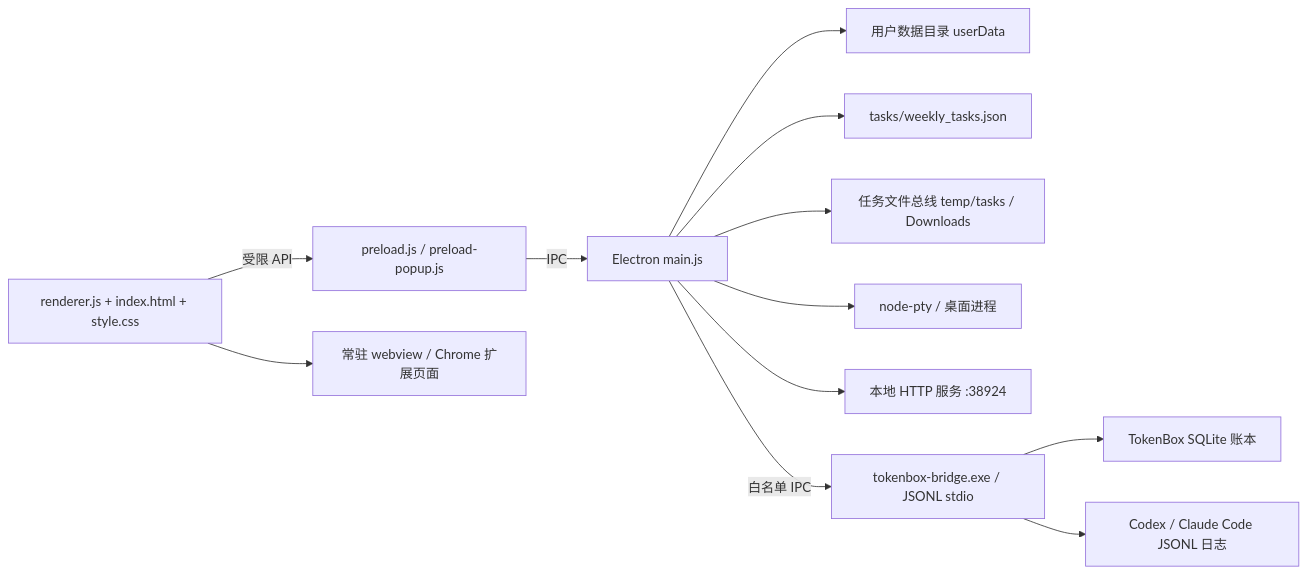
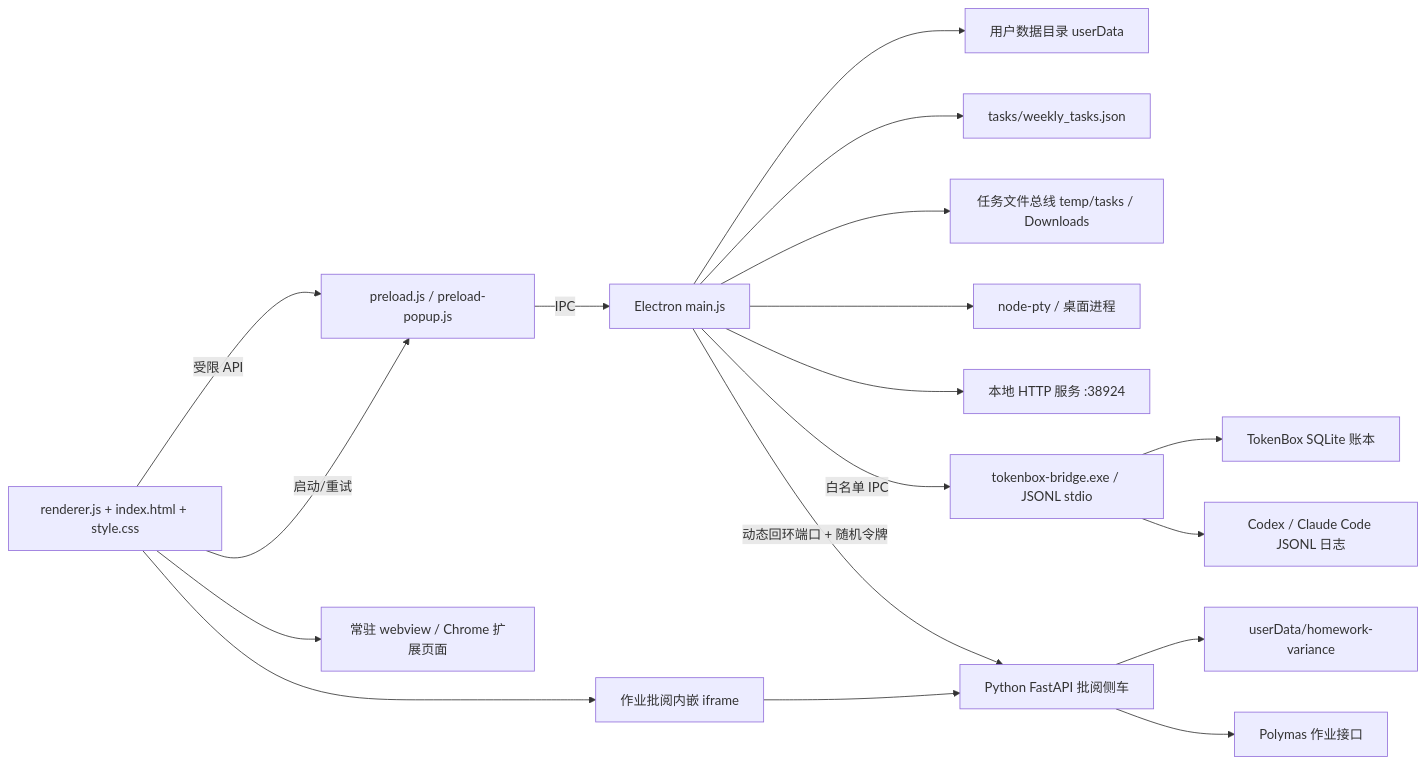
Before and after one commit to yujianshenming/ai-collab-hub: the diagram in personal-workbench/docs/PROJECT_HANDBOOK.md, drawn with Mermaid. The commit also changed other lines of this file and 17 other files, not shown here.

Commit message:
feat(workbench): homework-variance sidecar integration, task focus view, page bookmark, sakura theme + tests

````diff
--- a/personal-workbench/docs/PROJECT_HANDBOOK.md
+++ b/personal-workbench/docs/PROJECT_HANDBOOK.md
@@ -106,27 +122,37 @@
 ```mermaid
 flowchart LR
   UI[renderer.js + index.html + style.css]
   PRELOAD[preload.js / preload-popup.js]
   MAIN[Electron main.js]
   WEB[常驻 webview / Chrome 扩展页面]
   DATA[用户数据目录 userData]
   TASKS[tasks/weekly_tasks.json]
   BUS[任务文件总线 temp/tasks / Downloads]
   PTY[node-pty / 桌面进程]
   HTTP[本地 HTTP 服务 :38924]
   BRIDGE[tokenbox-bridge.exe / JSONL stdio]
   TOKENDB[TokenBox SQLite 账本]
   LOGS[Codex / Claude Code JSONL 日志]
+  HW[作业批阅内嵌 iframe]
+  PY[Python FastAPI 批阅侧车]
+  HWDATA[userData/homework-variance]
+  POLY[Polymas 作业接口]
 
   UI -->|受限 API| PRELOAD
   PRELOAD -->|IPC| MAIN
   UI --> WEB
   MAIN --> DATA
   MAIN --> TASKS
   MAIN --> BUS
   MAIN --> PTY
   MAIN --> HTTP
   MAIN -->|白名单 IPC| BRIDGE
   BRIDGE --> TOKENDB
   BRIDGE --> LOGS
+  UI -->|启动/重试| PRELOAD
+  MAIN -->|动态回环端口 + 随机令牌| PY
+  PY --> HWDATA
+  PY --> POLY
+  UI --> HW
+  HW --> PY
 ```
````
